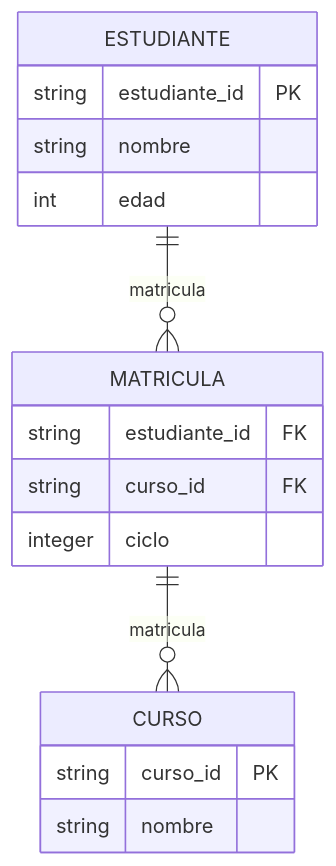
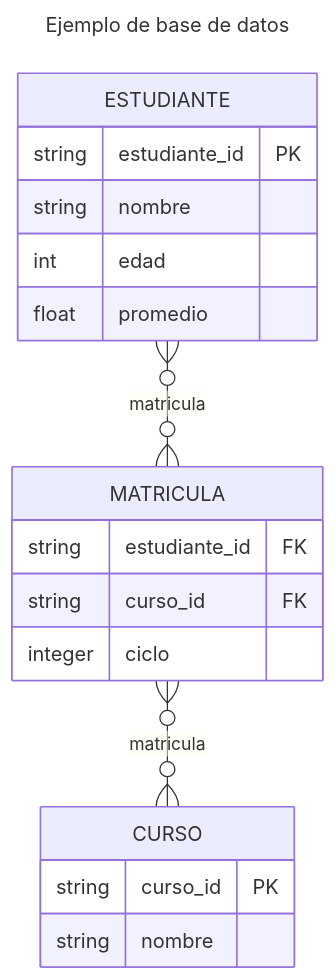
The diagram in docs/recopilacion.md (improbabilidades/proyecto), drawn with Mermaid before and after one commit. The commit also changed other lines of this file and 2 other files, not shown here.

````diff
--- a/docs/recopilacion.md
+++ b/docs/recopilacion.md
@@ -44,19 +44,23 @@
 ```mermaid
+---
+title: Ejemplo de base de datos
+---
 erDiagram
-    ESTUDIANTE ||--o{ MATRICULA : matricula
+    ESTUDIANTE }o--o{ MATRICULA : matricula
     ESTUDIANTE {
         string estudiante_id PK
         string nombre
         int edad
+        float promedio
     }
     CURSO {
         string curso_id PK
         string nombre
     }
-    MATRICULA ||--o{ CURSO : matricula
+    MATRICULA }o--o{ CURSO : matricula
     MATRICULA {
         string estudiante_id FK
         string curso_id FK
         integer ciclo
     }
 ```
````
